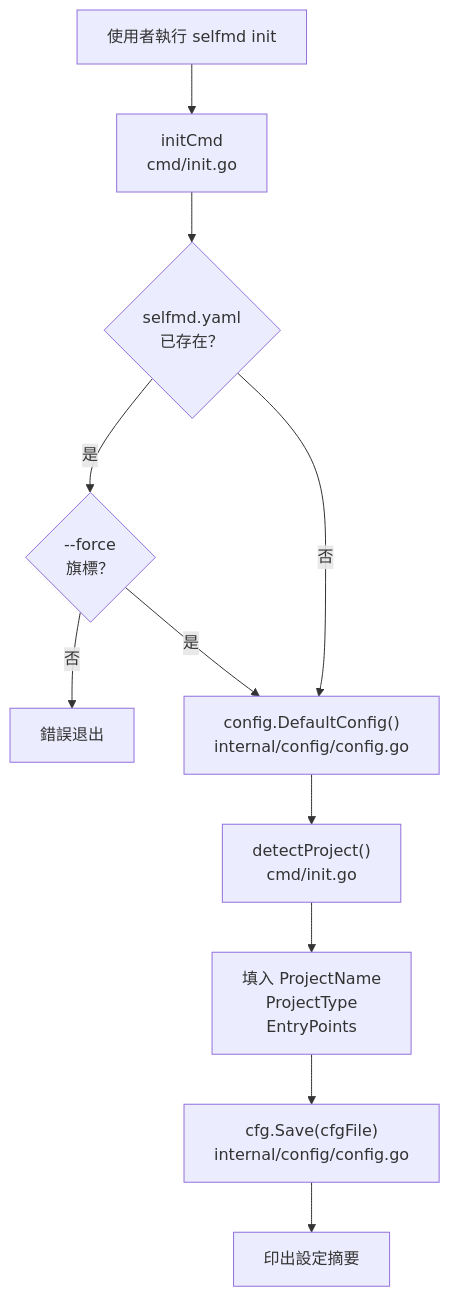
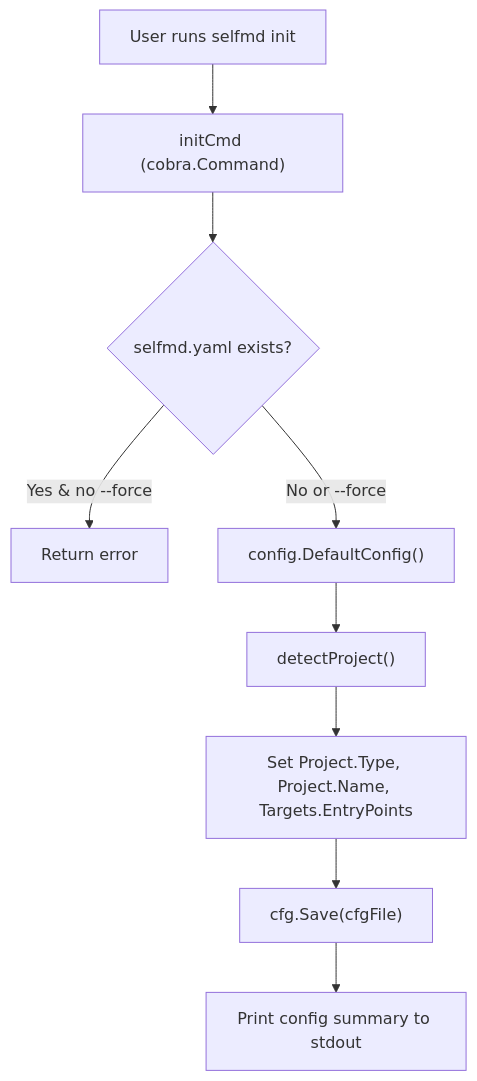
The first of 2 diagrams in docs/cli/cmd-init/index.md (monkenWu/selfmd-claude-code), drawn with Mermaid before and after one commit. The commit also changed other lines of this file and 145 other files, not shown here.

````diff
--- a/docs/cli/cmd-init/index.md
+++ b/docs/cli/cmd-init/index.md
@@ -20,24 +18,11 @@
 ```mermaid
 flowchart TD
-    User["使用者執行 selfmd init"]
-    initCmd["initCmd\ncmd/init.go"]
-    checkExists{"selfmd.yaml\n已存在？"}
-    forceFlag{"--force\n旗標？"}
-    errorExit["錯誤退出"]
-    DefaultConfig["config.DefaultConfig()\ninternal/config/config.go"]
-    detectProject["detectProject()\ncmd/init.go"]
-    fillConfig["填入 ProjectName\nProjectType\nEntryPoints"]
-    Save["cfg.Save(cfgFile)\ninternal/config/config.go"]
-    printSummary["印出設定摘要"]
-
-    User --> initCmd
-    initCmd --> checkExists
-    checkExists -- 是 --> forceFlag
-    forceFlag -- 否 --> errorExit
-    forceFlag -- 是 --> DefaultConfig
-    checkExists -- 否 --> DefaultConfig
-    DefaultConfig --> detectProject
-    detectProject --> fillConfig
-    fillConfig --> Save
-    Save --> printSummary
+    User["User runs selfmd init"] --> InitCmd["initCmd (cobra.Command)"]
+    InitCmd --> CheckExist{"selfmd.yaml exists?"}
+    CheckExist -- "Yes & no --force" --> Error["Return error"]
+    CheckExist -- "No or --force" --> DefaultConfig["config.DefaultConfig()"]
+    DefaultConfig --> DetectProject["detectProject()"]
+    DetectProject --> SetFields["Set Project.Type, Project.Name, Targets.EntryPoints"]
+    SetFields --> Save["cfg.Save(cfgFile)"]
+    Save --> PrintSummary["Print config summary to stdout"]
 ```
````
